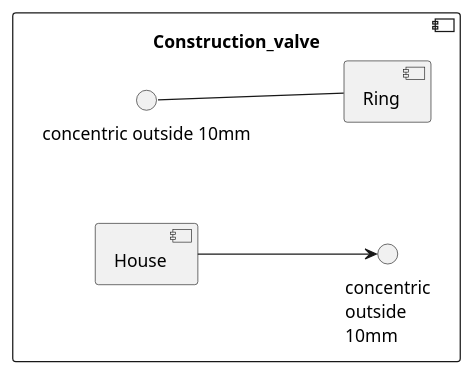
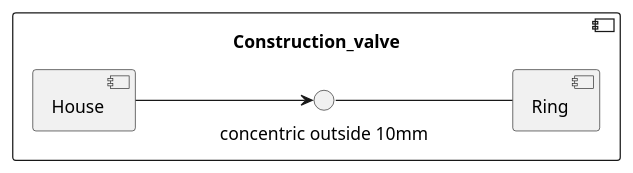
Before and after one commit to Timon14kraan/Project-Proces-and-Safety: the second of 2 diagrams in src/Introduction.md, drawn with PlantUML. The commit also changed 2 other files, not shown here.

````diff
--- a/src/Introduction.md
+++ b/src/Introduction.md
@@ -63,21 +63,21 @@
 ```plantuml
 @startuml Process_and_Safety
 skinparam backgroundColor transparent
 left to right direction
 'skinparam linetype ortho
 
 component Construction_valve {
     
     [Ring]
     () "concentric outside 10mm" -- Ring
 
 
 
     [House]
-    House --> "concentric\noutside\n10mm"
+    House --> "concentric outside 10mm"
 
     
 }
 
 @enduml
 ```
````
